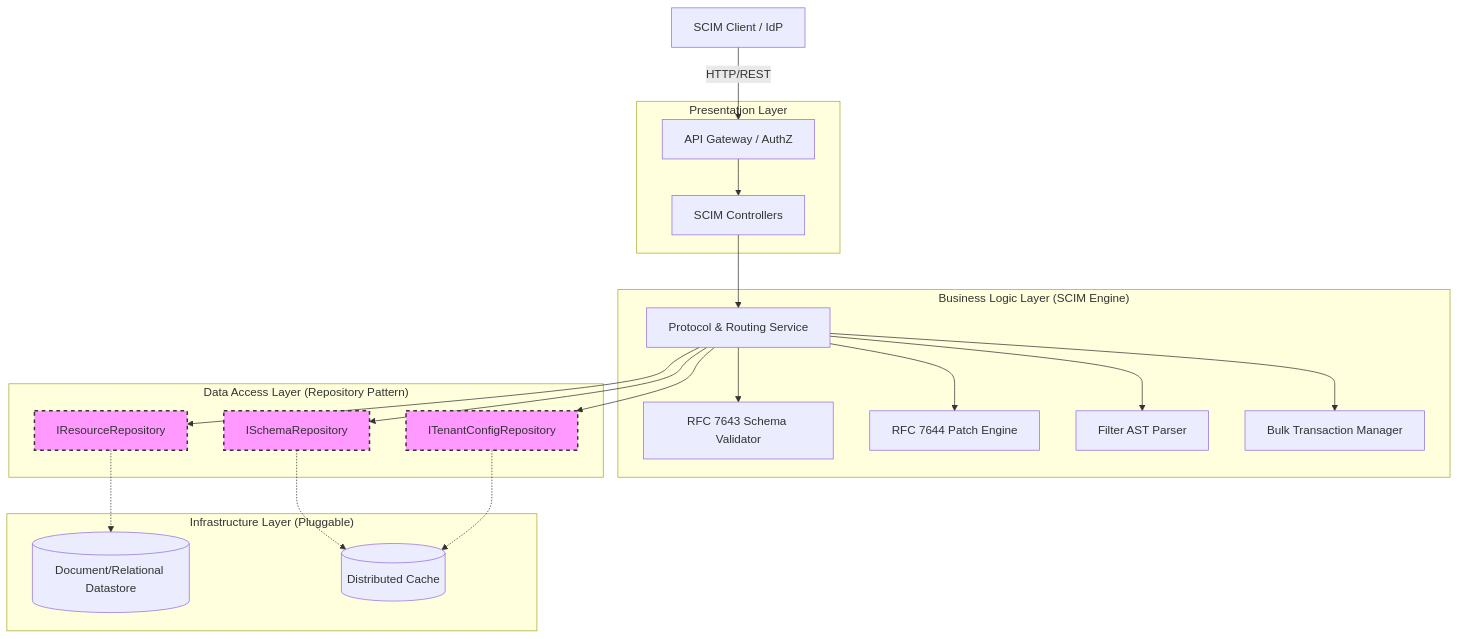
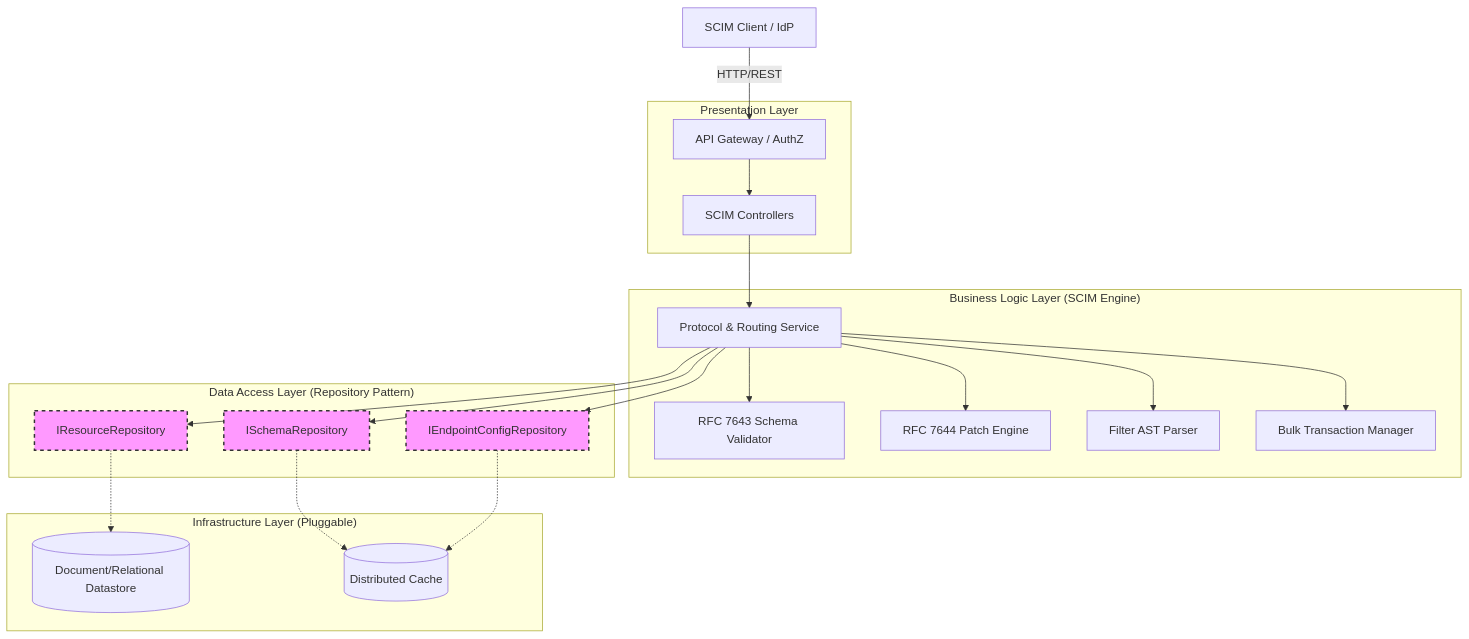
The first of 2 diagrams in docs/COMPLETE_AGNOSTIC_SCIM_ARCHITECTURE.md (pranems/SCIMServer), drawn with Mermaid before and after one commit. The commit also changed other lines of this file and 288 other files, not shown here.

````diff
--- a/docs/COMPLETE_AGNOSTIC_SCIM_ARCHITECTURE.md
+++ b/docs/COMPLETE_AGNOSTIC_SCIM_ARCHITECTURE.md
@@ -13,31 +13,31 @@
 ```mermaid
 graph TD
     Client[SCIM Client / IdP] -->|HTTP/REST| Gateway[API Gateway / AuthZ]
     
     subgraph Presentation Layer
         Gateway --> Controllers[SCIM Controllers]
     end
     
     subgraph Business Logic Layer ["Business Logic Layer (SCIM Engine)"]
         Controllers --> ProtocolService[Protocol & Routing Service]
         ProtocolService --> SchemaValidator[RFC 7643 Schema Validator]
         ProtocolService --> PatchEngine[RFC 7644 Patch Engine]
         ProtocolService --> FilterParser[Filter AST Parser]
         ProtocolService --> BulkEngine[Bulk Transaction Manager]
     end
     
     subgraph Data Access Layer ["Data Access Layer (Repository Pattern)"]
         ProtocolService --> IResourceRepo[IResourceRepository]
         ProtocolService --> ISchemaRepo[ISchemaRepository]
-        ProtocolService --> ITenantRepo[ITenantConfigRepository]
+        ProtocolService --> IEndpointRepo[IEndpointConfigRepository]
     end
     
     subgraph Infrastructure Layer ["Infrastructure Layer (Pluggable)"]
         IResourceRepo -.-> Datastore[(Document/Relational Datastore)]
         ISchemaRepo -.-> Cache[(Distributed Cache)]
-        ITenantRepo -.-> Cache
+        IEndpointRepo -.-> Cache
     end
 
     classDef interface fill:#f9f,stroke:#333,stroke-width:2px,stroke-dasharray: 5 5;
-    class IResourceRepo,ISchemaRepo,ITenantRepo interface;
+    class IResourceRepo,ISchemaRepo,IEndpointRepo interface;
 ```
````
